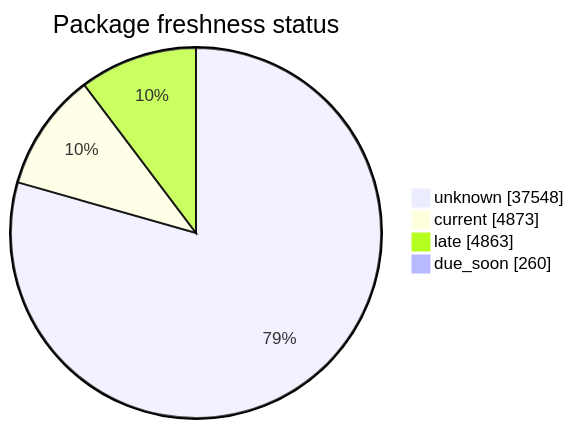
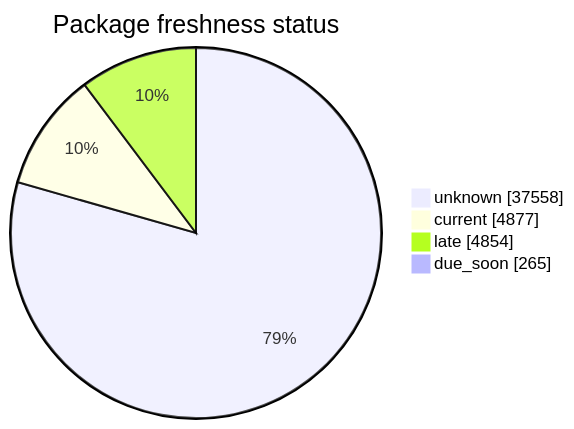
One commit to open-data/analytics-corporate-reporting changed the second of 5 diagrams in FreshCheck/README.md. Above: the diagram before and after it, drawn with Mermaid. The commit also changed other lines of this file and 3 other files, not shown here.

````diff
--- a/FreshCheck/README.md
+++ b/FreshCheck/README.md
@@ -69,7 +69,7 @@
 ```mermaid
 pie showData title Package freshness status
-    "unknown": 37548
-    "current": 4873
-    "late": 4863
-    "due_soon": 260
+    "unknown": 37558
+    "current": 4877
+    "late": 4854
+    "due_soon": 265
 ```
````
